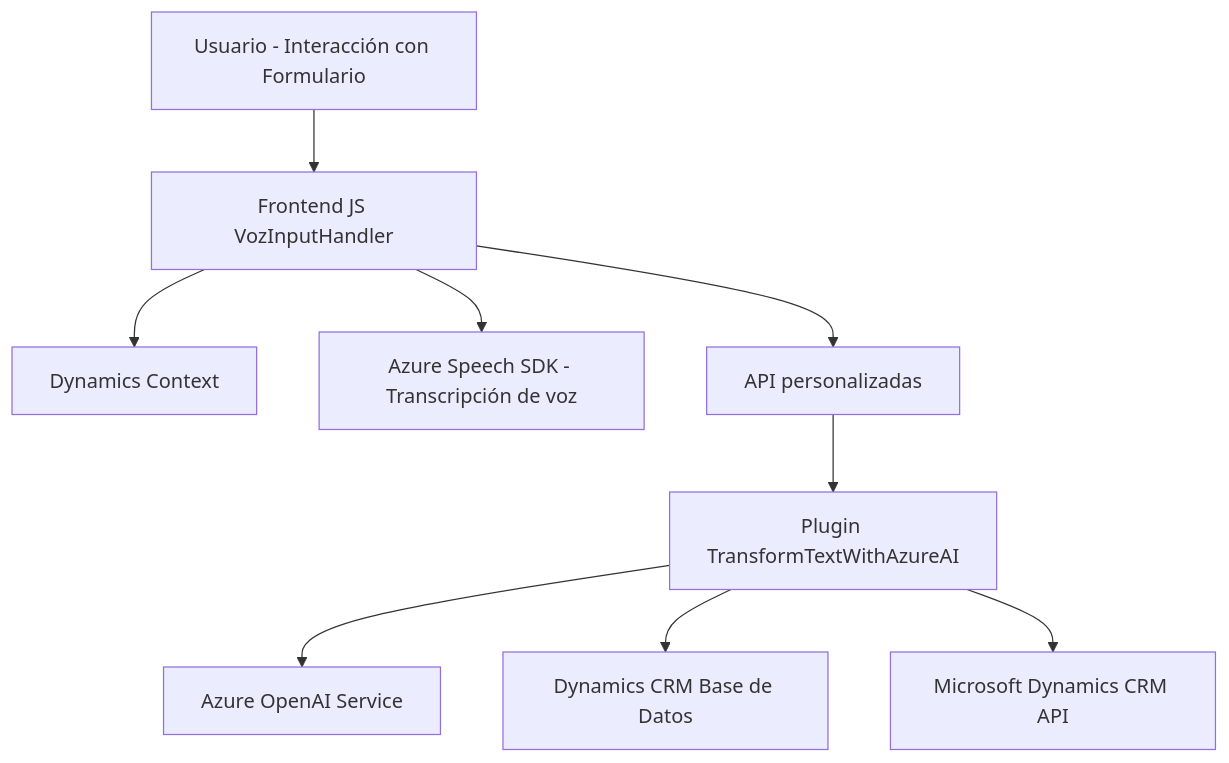
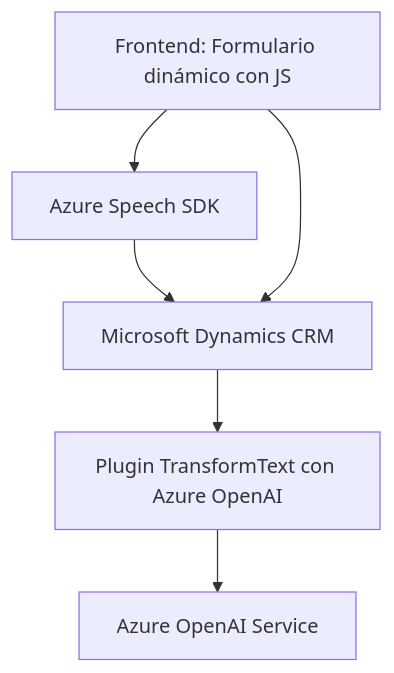
Before and after one commit to blopezdm/NETCORE_BILBAO2025: the diagram in README.md, drawn with Mermaid. The commit also changed other lines of this file, not shown here.

Commit message:
Actualizar análisis global de la solución con IA

````diff
--- a/README.md
+++ b/README.md
@@ -29,11 +41,14 @@
 ```mermaid
 graph TD
-    Start["Usuario - Interacción con Formulario"] --> Frontend["Frontend JS VozInputHandler"]
-    Frontend --> DynamicsContext["Dynamics Context"]
-    Frontend --> AzureSpeechSDK["Azure Speech SDK - Transcripción de voz"]
-    Frontend --> API["API personalizadas"]
-    API --> Backend["Plugin TransformTextWithAzureAI"]
-    Backend --> AzureOpenAI["Azure OpenAI Service"]
-    Backend --> DynamincsData["Dynamics CRM Base de Datos"]
-    Backend --> MicrosoftDynamicsAPI["Microsoft Dynamics CRM API"]
+    A["Frontend: Formulario dinámico con JS"]
+    B["Azure Speech SDK"]
+    C["Plugin TransformText con Azure OpenAI"]
+    D["Microsoft Dynamics CRM"]
+    E["Azure OpenAI Service"]
+
+    A --> B
+    B --> D
+    A --> D
+    D --> C
+    C --> E
 ```
````
